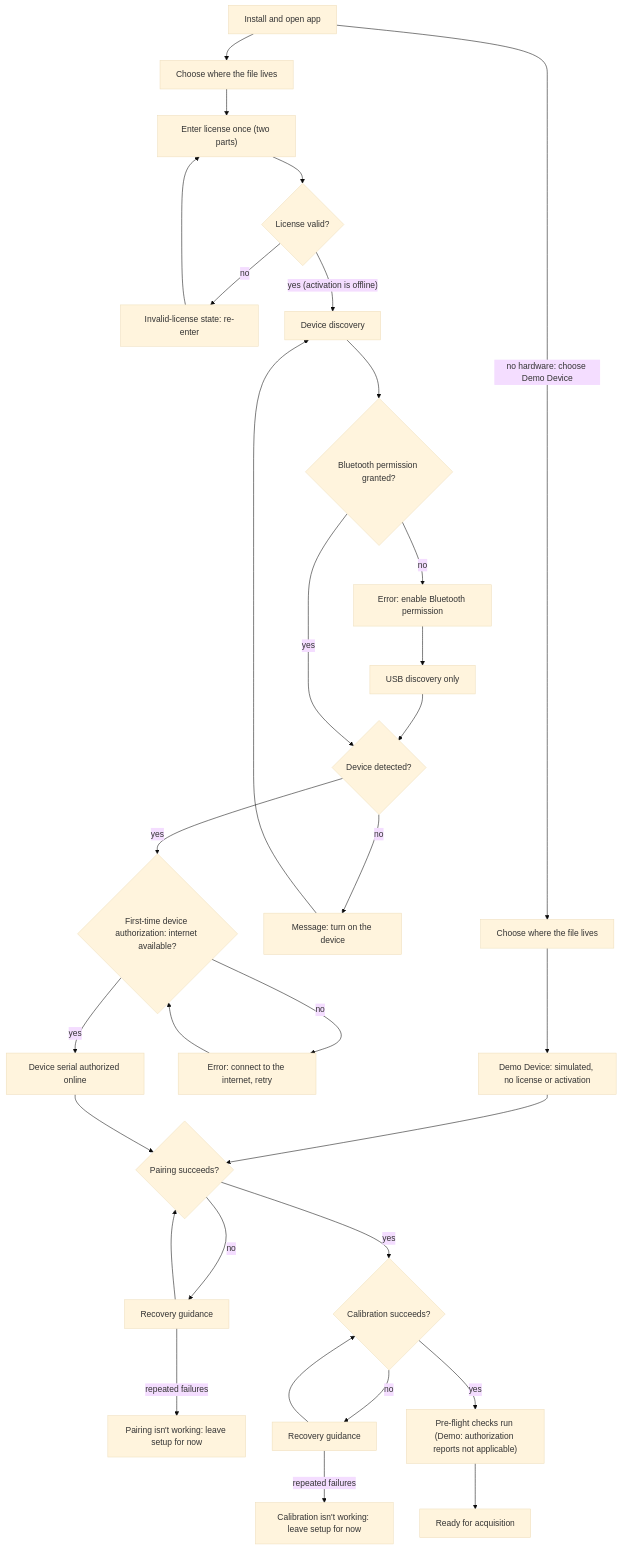
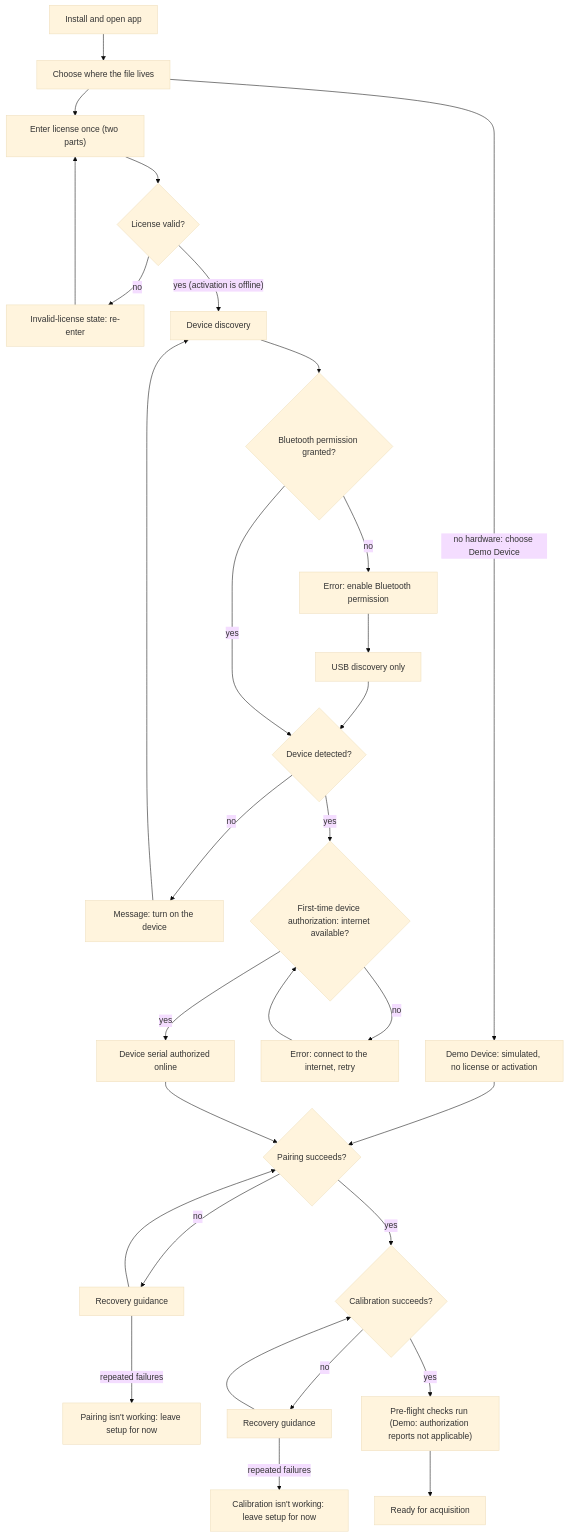
The second of 5 diagrams in docs/product/device-management/prd-device-management-journeys.md (vinnyp/spectro-capture), drawn with Mermaid (base theme) before and after one commit. The commit also changed other lines of this file and 2 other files, not shown here.

First line of the commit message:
device PRD amendment: take the bounded check's fixes — M2 spans the location choice, qualified cross-PRD cites, UJ1.1 step, one chart node, the check recorded

````diff
--- a/docs/product/device-management/prd-device-management-journeys.md
+++ b/docs/product/device-management/prd-device-management-journeys.md
@@ -110,31 +111,30 @@
 ```mermaid
 flowchart TD
-    A[Install and open app] --> L1["Choose where the file lives"]
-    L1 --> E["Enter license once (two parts)"]
-    A -- "no hardware: choose Demo Device" --> L2["Choose where the file lives"]
-    L2 --> K["Demo Device: simulated, no license or activation"]
+    A[Install and open app] --> L["Choose where the file lives"]
+    L --> E["Enter license once (two parts)"]
+    L -- "no hardware: choose Demo Device" --> K["Demo Device: simulated, no license or activation"]
     K --> H
     E --> E1{License valid?}
     E1 -- no --> E2["Invalid-license state: re-enter"]
     E2 --> E
     E1 -- "yes (activation is offline)" --> B[Device discovery]
     B --> C{Bluetooth permission granted?}
     C -- no --> C1["Error: enable Bluetooth permission"]
     C1 --> C2[USB discovery only]
     C2 --> D
     C -- yes --> D{Device detected?}
     D -- no --> D1["Message: turn on the device"]
     D1 --> B
     D -- yes --> F{First-time device authorization: internet available?}
     F -- no --> F1["Error: connect to the internet, retry"]
     F1 --> F
     F -- yes --> G[Device serial authorized online]
     G --> H{Pairing succeeds?}
     H -- no --> H1[Recovery guidance] --> H
     H1 -- repeated failures --> H2["Pairing isn't working: leave setup for now"]
     H -- yes --> I{Calibration succeeds?}
     I -- no --> I1[Recovery guidance] --> I
     I1 -- repeated failures --> I2["Calibration isn't working: leave setup for now"]
     I -- yes --> P["Pre-flight checks run (Demo: authorization reports not applicable)"]
     P --> J[Ready for acquisition]
 ```
````
